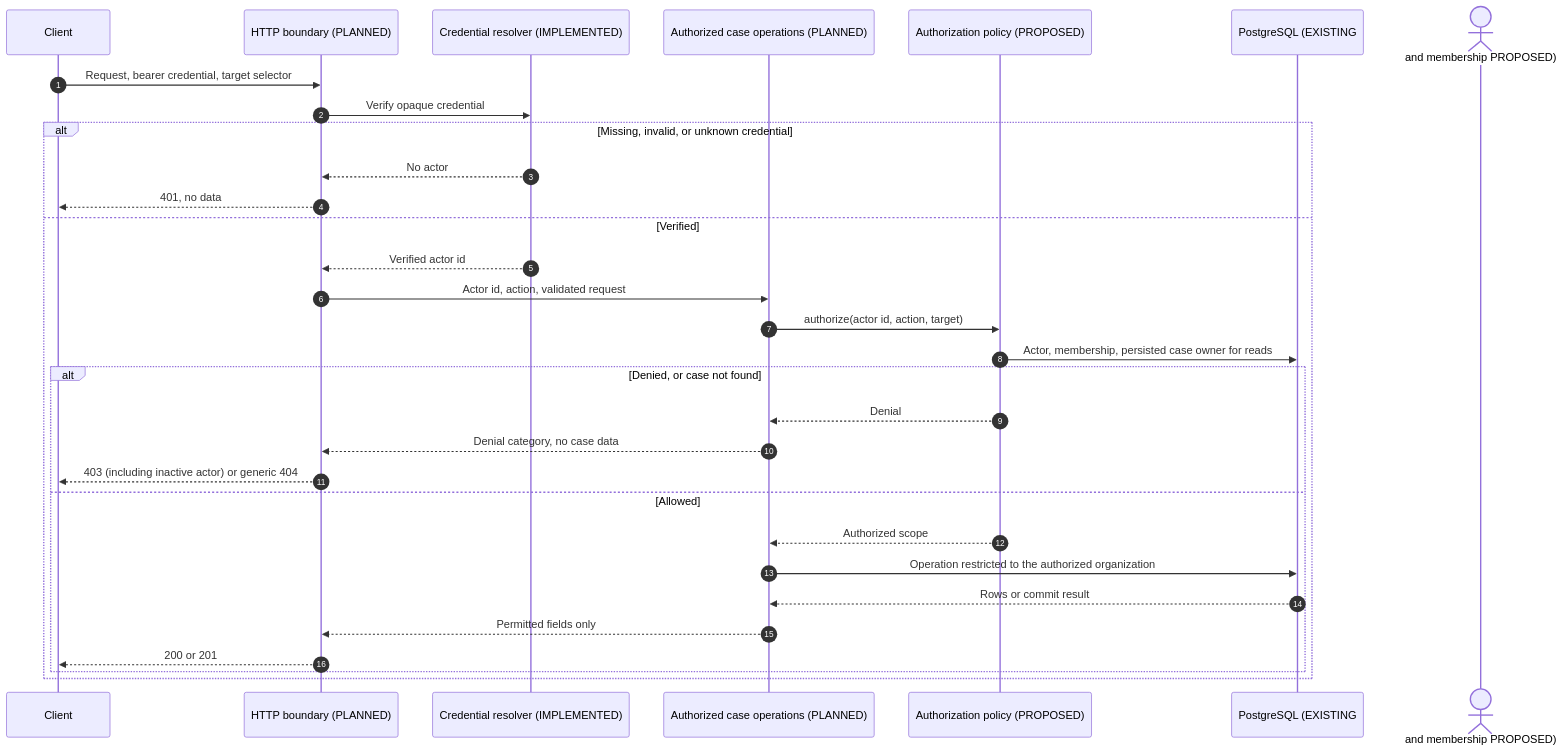
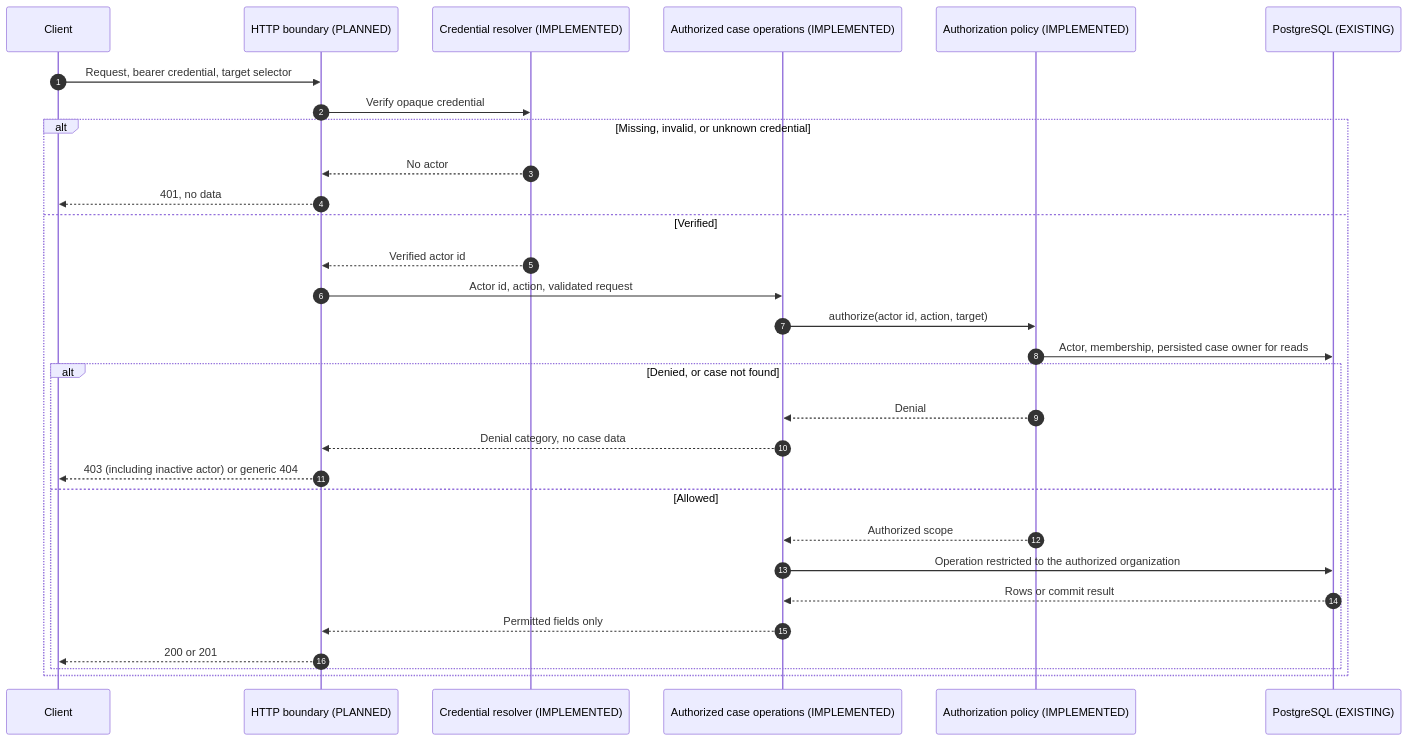
One commit to asadhanif3188/Enterprise-AI-Service-Operations changed the diagram in docs/authentication-authorization-sequence.md. Above: the diagram before and after it, drawn with Mermaid. The commit also changed other lines of this file and 12 other files, not shown here.

````diff
--- a/docs/authentication-authorization-sequence.md
+++ b/docs/authentication-authorization-sequence.md
@@ -73,32 +82,32 @@
 ```mermaid
 sequenceDiagram
     autonumber
     participant C as Client
     participant API as HTTP boundary (PLANNED)
     participant AN as Credential resolver (IMPLEMENTED)
-    participant OPS as Authorized case operations (PLANNED)
-    participant POL as Authorization policy (PROPOSED)
-    participant DB as PostgreSQL (EXISTING; actor and membership PROPOSED)
+    participant OPS as Authorized case operations (IMPLEMENTED)
+    participant POL as Authorization policy (IMPLEMENTED)
+    participant DB as PostgreSQL (EXISTING)
     C->>API: Request, bearer credential, target selector
     API->>AN: Verify opaque credential
     alt Missing, invalid, or unknown credential
         AN-->>API: No actor
         API-->>C: 401, no data
     else Verified
         AN-->>API: Verified actor id
         API->>OPS: Actor id, action, validated request
         OPS->>POL: authorize(actor id, action, target)
         POL->>DB: Actor, membership, persisted case owner for reads
         alt Denied, or case not found
             POL-->>OPS: Denial
             OPS-->>API: Denial category, no case data
             API-->>C: 403 (including inactive actor) or generic 404
         else Allowed
             POL-->>OPS: Authorized scope
             OPS->>DB: Operation restricted to the authorized organization
             DB-->>OPS: Rows or commit result
             OPS-->>API: Permitted fields only
             API-->>C: 200 or 201
         end
     end
 ```
````
